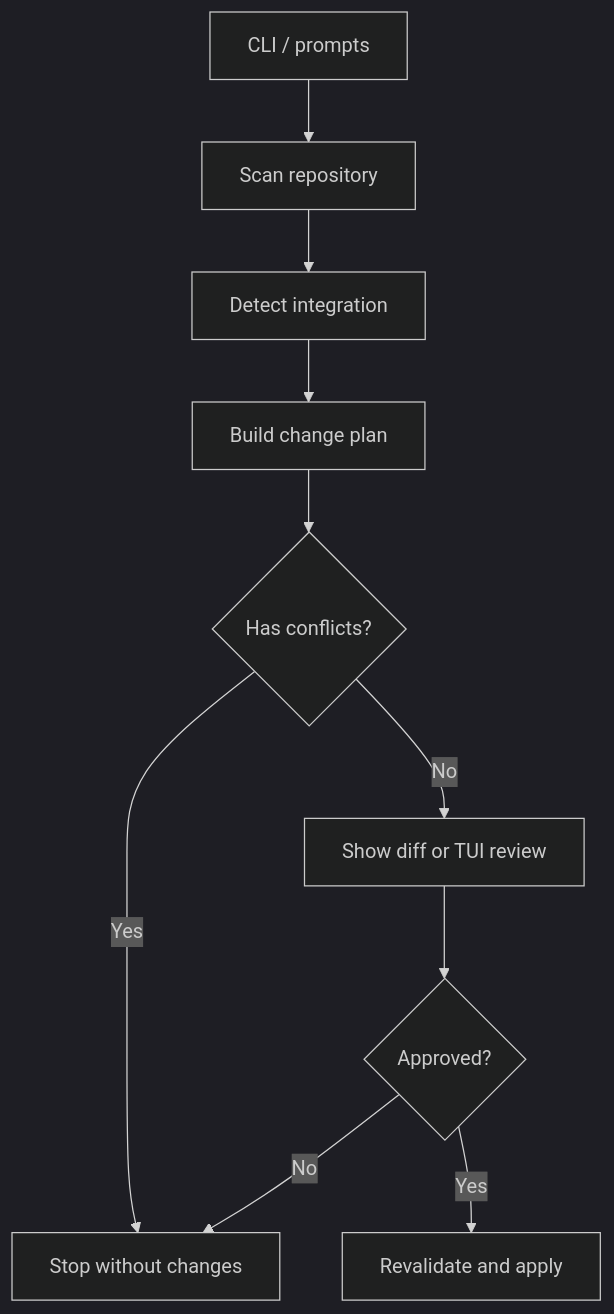
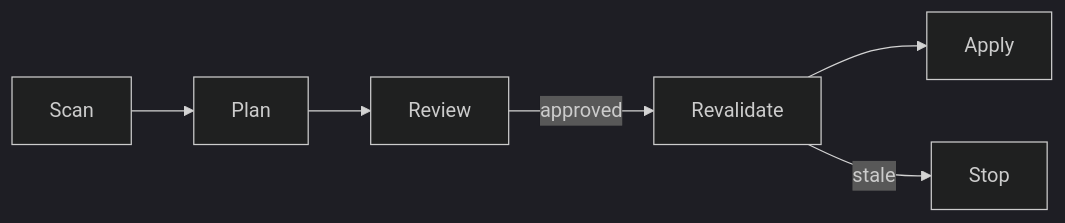
One commit to macklinu/config changed the diagram in docs/rfcs/0001-plan-first-config-setup.md. Above: the diagram before and after it, drawn with Mermaid (dark theme). The commit also changed other lines of this file, not shown here.

Commit message:
docs(rfc): simplify plan-first pnpm setup

````diff
--- a/docs/rfcs/0001-plan-first-config-setup.md
+++ b/docs/rfcs/0001-plan-first-config-setup.md
@@ -35,12 +23,6 @@
 ```mermaid
-flowchart TD
-  CLI["CLI / prompts"] --> Scan["Scan repository"]
-  Scan --> Detect["Detect integration"]
-  Detect --> Plan["Build change plan"]
-  Plan --> Conflict{"Has conflicts?"}
-  Conflict -->|Yes| Stop["Stop without changes"]
-  Conflict -->|No| Review["Show diff or TUI review"]
-  Review --> Approve{"Approved?"}
-  Approve -->|No| Stop
-  Approve -->|Yes| Apply["Revalidate and apply"]
+flowchart LR
+  Scan --> Plan --> Review
+  Review -->|approved| Revalidate --> Apply
+  Revalidate -->|stale| Stop
 ```
````
